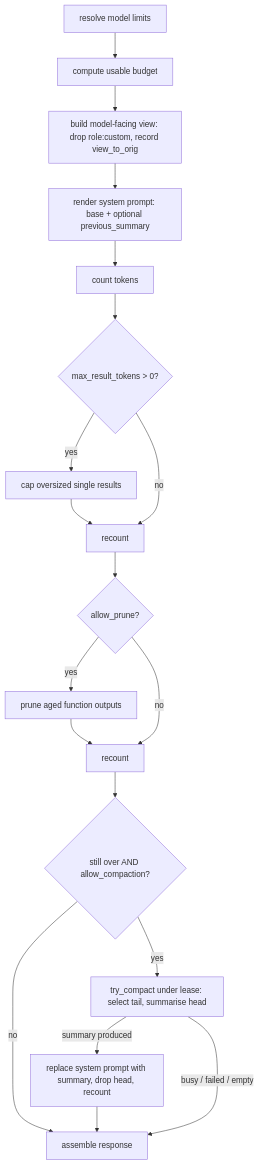
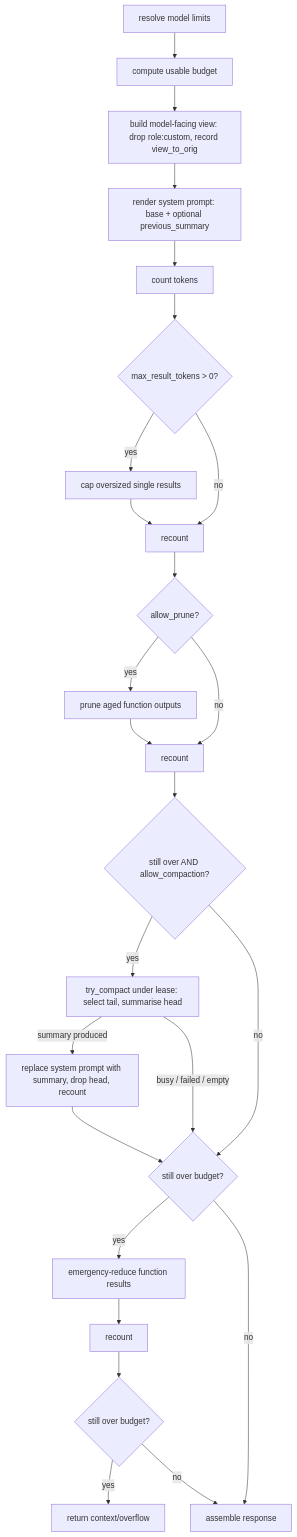
Before and after one commit to iii-hq/workers: the second of 3 diagrams in context-manager/architecture/internals.md, drawn with Mermaid. The commit also changed other lines of this file and 3 other files, not shown here.

````diff
--- a/context-manager/architecture/internals.md
+++ b/context-manager/architecture/internals.md
@@ -75,18 +75,23 @@
 ```mermaid
 flowchart TD
   A[resolve model limits] --> B[compute usable budget]
   B --> C["build model-facing view: drop role:custom, record view_to_orig"]
   C --> D["render system prompt: base + optional previous_summary"]
   D --> E[count tokens]
   E --> F{max_result_tokens > 0?}
   F -->|yes| G[cap oversized single results] --> H[recount]
   F -->|no| H
   H --> I{allow_prune?}
   I -->|yes| J[prune aged function outputs] --> K[recount]
   I -->|no| K
   K --> L{still over AND allow_compaction?}
   L -->|yes| M["try_compact under lease: select tail, summarise head"]
-  L -->|no| N[assemble response]
-  M -->|summary produced| O["replace system prompt with summary, drop head, recount"] --> N
-  M -->|busy / failed / empty| N
+  L -->|no| P{still over budget?}
+  M -->|summary produced| O["replace system prompt with summary, drop head, recount"] --> P
+  M -->|busy / failed / empty| P
+  P -->|yes| Q[emergency-reduce function results] --> R[recount]
+  P -->|no| S[assemble response]
+  R --> T{still over budget?}
+  T -->|yes| U[return context/overflow]
+  T -->|no| S
 ```
````
